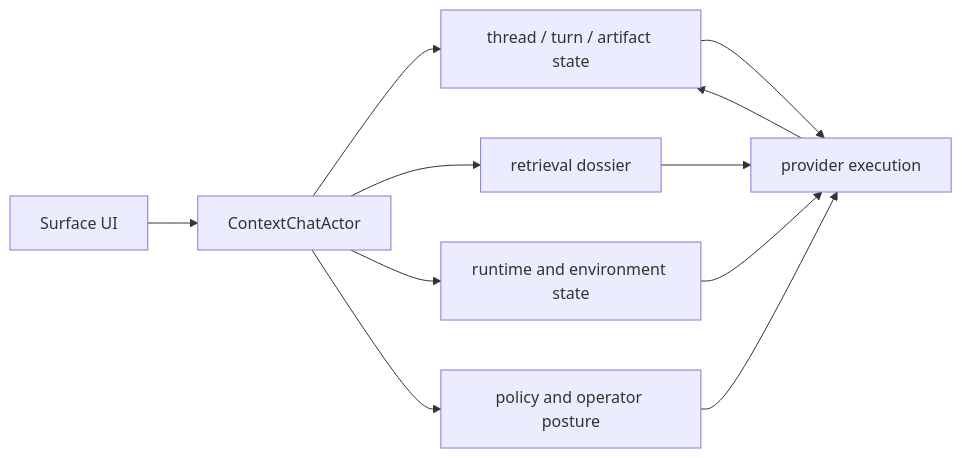
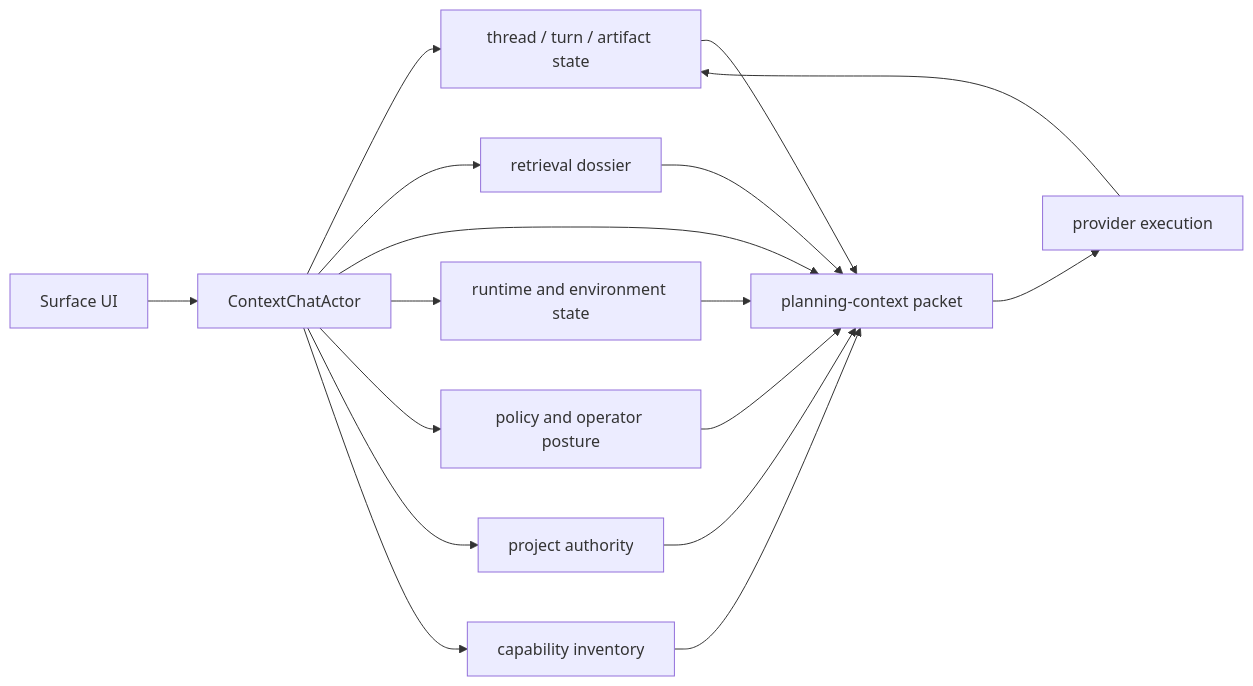
Before and after one commit to pauljbernard/sbcl-agent: the diagram in docs/environment-retrieval-architecture.md, drawn with Mermaid. The commit also changed other lines of this file and 75 other files, not shown here.

Commit message:
Implement project-aware planning and recovery substrate

````diff
--- a/docs/environment-retrieval-architecture.md
+++ b/docs/environment-retrieval-architecture.md
@@ -57,21 +59,30 @@
 ```mermaid
 flowchart LR
     UI["Surface UI"]
     Chat["ContextChatActor"]
     Thread["thread / turn / artifact state"]
     Retrieval["retrieval dossier"]
+    Planner["planning-context packet"]
     Runtime["runtime and environment state"]
     Policy["policy and operator posture"]
+    Project["project authority"]
+    Capability["capability inventory"]
     Provider["provider execution"]
 
     UI --> Chat
     Chat --> Thread
     Chat --> Retrieval
+    Chat --> Planner
     Chat --> Runtime
     Chat --> Policy
-    Thread --> Provider
-    Retrieval --> Provider
-    Runtime --> Provider
-    Policy --> Provider
+    Chat --> Project
+    Chat --> Capability
+    Thread --> Planner
+    Retrieval --> Planner
+    Runtime --> Planner
+    Policy --> Planner
+    Project --> Planner
+    Capability --> Planner
+    Planner --> Provider
     Provider --> Thread
 ```
````
